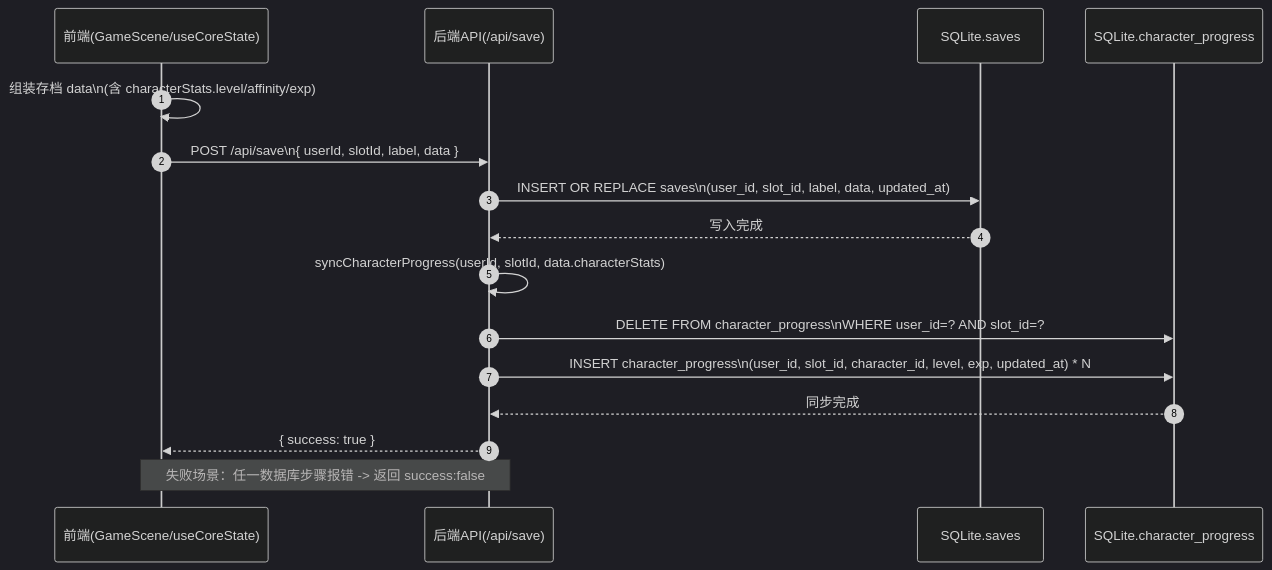
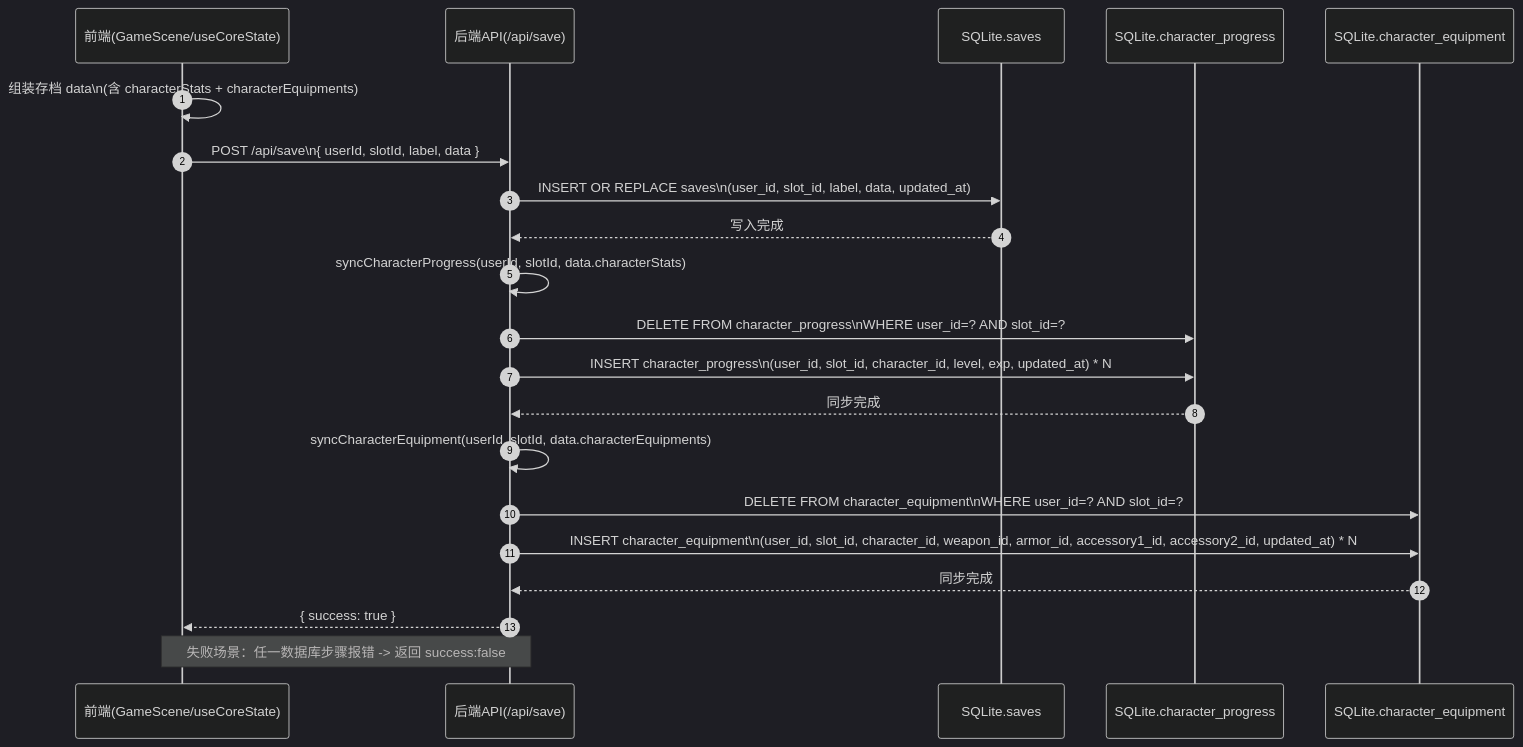
The first of 2 diagrams in Doc/DataList/BATTLE_DATA_ARCHITECTURE.md (NyaaCaster/AVG-AdventurerTavern), drawn with Mermaid (dark theme) before and after one commit. The commit also changed other lines of this file and 6 other files, not shown here.

````diff
--- a/Doc/DataList/BATTLE_DATA_ARCHITECTURE.md
+++ b/Doc/DataList/BATTLE_DATA_ARCHITECTURE.md
@@ -106,23 +157,29 @@
 ```mermaid
 sequenceDiagram
     autonumber
     participant FE as 前端(GameScene/useCoreState)
     participant API as 后端API(/api/save)
     participant SAVES as SQLite.saves
     participant PROG as SQLite.character_progress
+    participant EQUIP as SQLite.character_equipment
 
-    FE->>FE: 组装存档 data\n(含 characterStats.level/affinity/exp)
+    FE->>FE: 组装存档 data\n(含 characterStats + characterEquipments)
     FE->>API: POST /api/save\n{ userId, slotId, label, data }
 
     API->>SAVES: INSERT OR REPLACE saves\n(user_id, slot_id, label, data, updated_at)
     SAVES-->>API: 写入完成
 
     API->>API: syncCharacterProgress(userId, slotId, data.characterStats)
     API->>PROG: DELETE FROM character_progress\nWHERE user_id=? AND slot_id=?
     API->>PROG: INSERT character_progress\n(user_id, slot_id, character_id, level, exp, updated_at) * N
     PROG-->>API: 同步完成
 
+    API->>API: syncCharacterEquipment(userId, slotId, data.characterEquipments)
+    API->>EQUIP: DELETE FROM character_equipment\nWHERE user_id=? AND slot_id=?
+    API->>EQUIP: INSERT character_equipment\n(user_id, slot_id, character_id, weapon_id, armor_id, accessory1_id, accessory2_id, updated_at) * N
+    EQUIP-->>API: 同步完成
+
     API-->>FE: { success: true }
 
     Note over FE,API: 失败场景：任一数据库步骤报错 -> 返回 success:false
 ```
````
